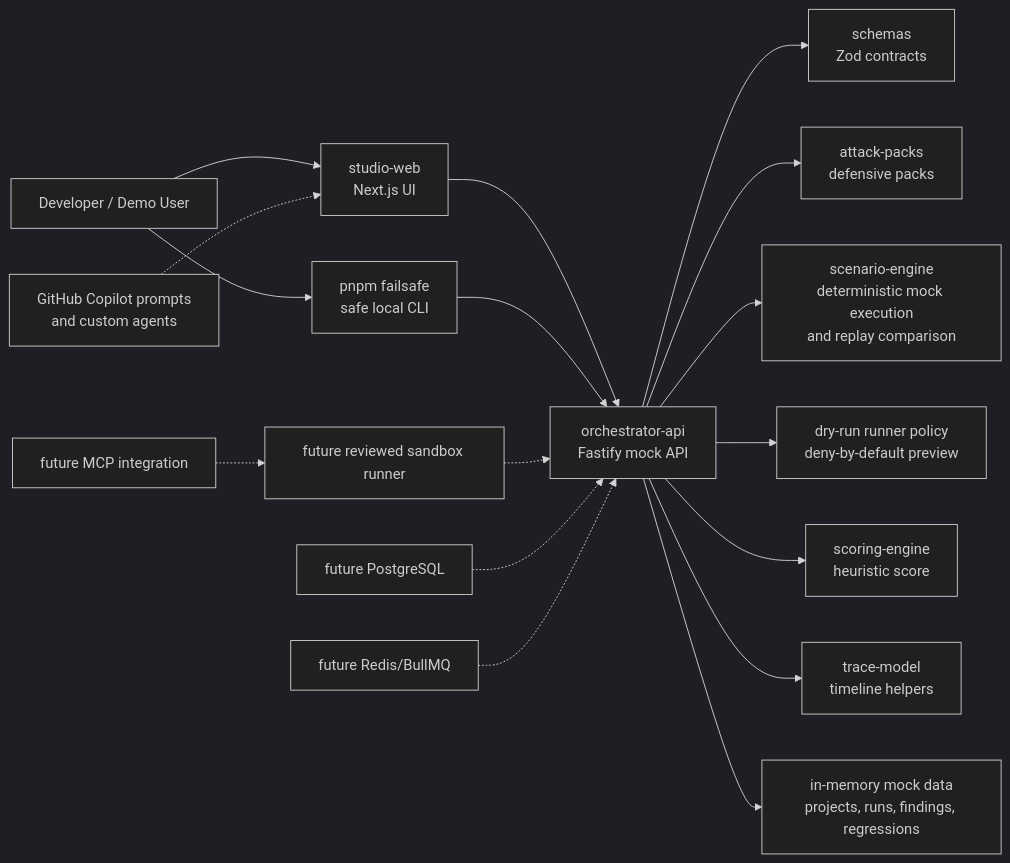
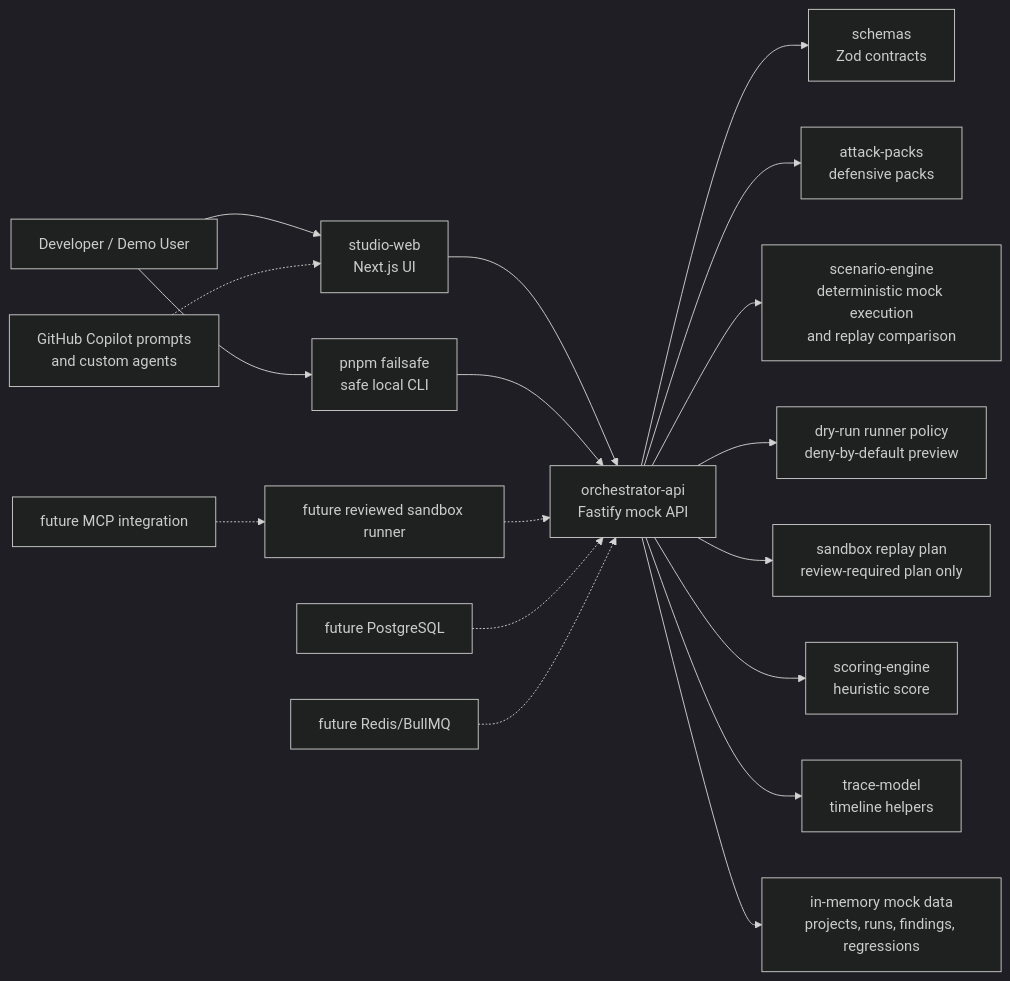
Before and after one commit to RandomEdge999/FailSafe: the diagram in docs/architecture.md, drawn with Mermaid (dark theme). The commit also changed other lines of this file and 16 other files, not shown here.

Commit message:
feat: add reviewed sandbox replay plan

````diff
--- a/docs/architecture.md
+++ b/docs/architecture.md
@@ -7,19 +7,20 @@
 ```mermaid
 flowchart LR
   User["Developer / Demo User"] --> Studio["studio-web<br/>Next.js UI"]
   User --> CLI["pnpm failsafe<br/>safe local CLI"]
   Studio --> API["orchestrator-api<br/>Fastify mock API"]
   CLI --> API
   API --> Schemas["schemas<br/>Zod contracts"]
   API --> Packs["attack-packs<br/>defensive packs"]
   API --> ScenarioEngine["scenario-engine<br/>deterministic mock execution<br/>and replay comparison"]
   API --> RunnerPolicy["dry-run runner policy<br/>deny-by-default preview"]
+  API --> SandboxPlan["sandbox replay plan<br/>review-required plan only"]
   API --> Scoring["scoring-engine<br/>heuristic score"]
   API --> Trace["trace-model<br/>timeline helpers"]
   API --> MockData["in-memory mock data<br/>projects, runs, findings, regressions"]
   FutureRunner["future reviewed sandbox runner"] -.-> API
   FutureStore["future PostgreSQL"] -.-> API
   FutureQueue["future Redis/BullMQ"] -.-> API
   FutureMcp["future MCP integration"] -.-> FutureRunner
   Copilot["GitHub Copilot prompts<br/>and custom agents"] -.-> Studio
 ```
````
